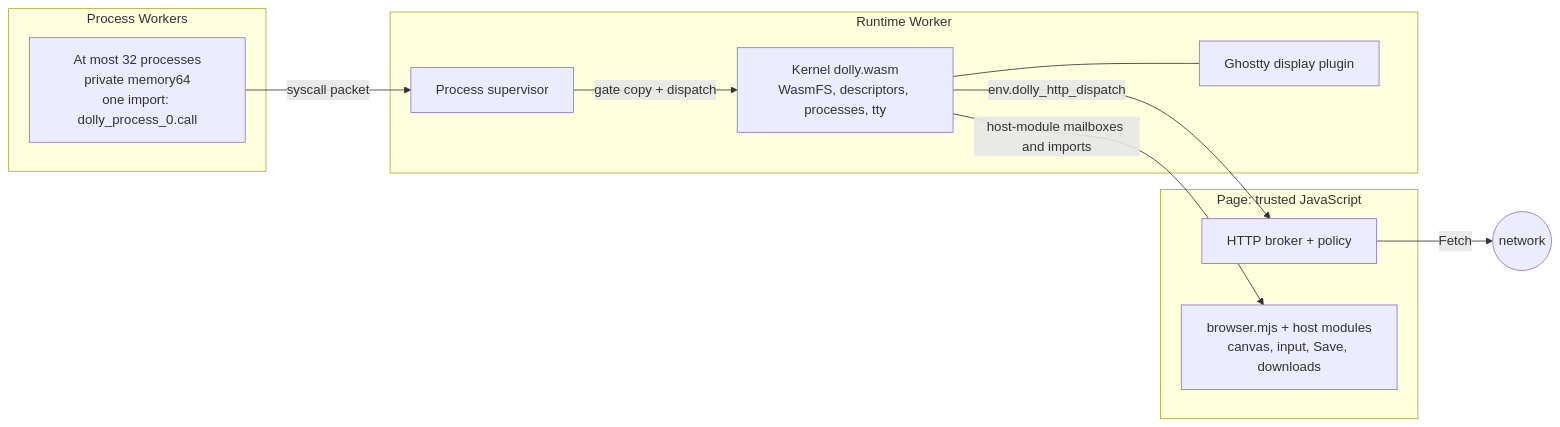
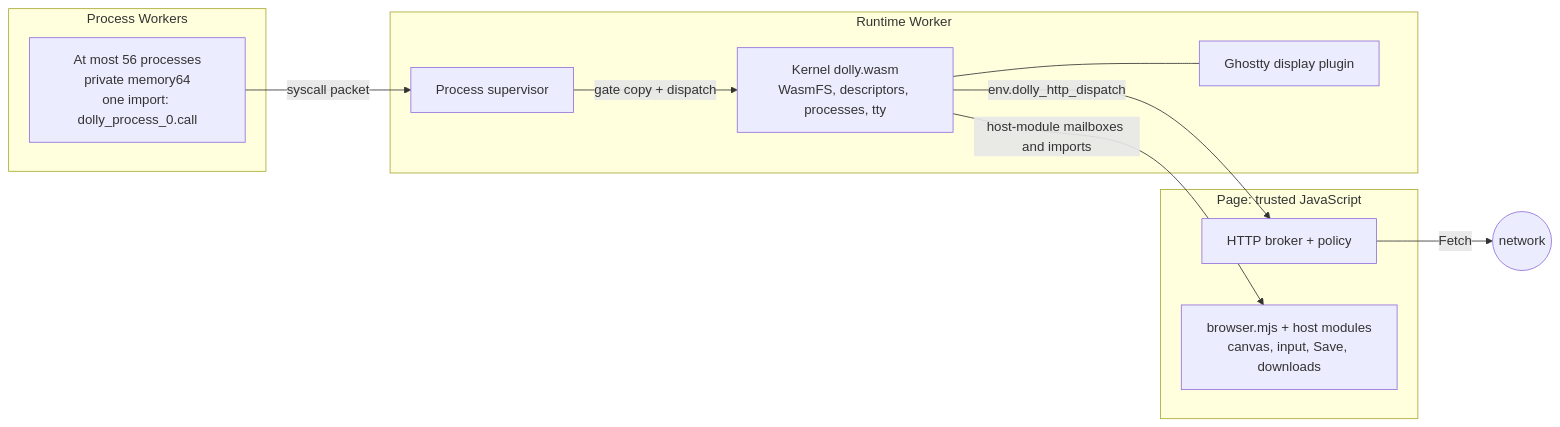
One commit to daugasauron/dolly changed the first of 3 diagrams in docs/architecture.md. Above: the diagram before and after it, drawn with Mermaid. The commit also changed 178 other files, not shown here.

First line of the commit message:
Spawns are admitted under a memory budget, the count of processes rises to 56, and Chromium's refused reservations are asked again

````diff
--- a/docs/architecture.md
+++ b/docs/architecture.md
@@ -8,21 +8,21 @@
 ```mermaid
 flowchart LR
   subgraph page["Page: trusted JavaScript"]
     broker["HTTP broker + policy"]
     ui["browser.mjs + host modules<br/>canvas, input, Save, downloads"]
   end
   subgraph runtime["Runtime Worker"]
     kernel["Kernel dolly.wasm<br/>WasmFS, descriptors, processes, tty"]
     ghostty["Ghostty display plugin"]
     supervisor["Process supervisor"]
   end
   subgraph procs["Process Workers"]
-    proc["At most 32 processes<br/>private memory64<br/>one import: dolly_process_0.call"]
+    proc["At most 56 processes<br/>private memory64<br/>one import: dolly_process_0.call"]
   end
   proc -- "syscall packet" --> supervisor
   supervisor -- "gate copy + dispatch" --> kernel
   kernel --- ghostty
   kernel -- "host-module mailboxes and imports" --> ui
   kernel -- "env.dolly_http_dispatch" --> broker
   broker -- "Fetch" --> net(("network"))
 ```
````
